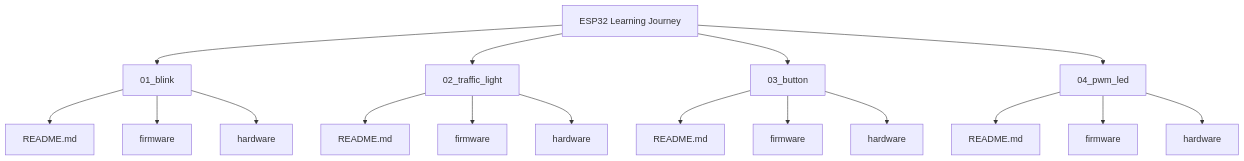
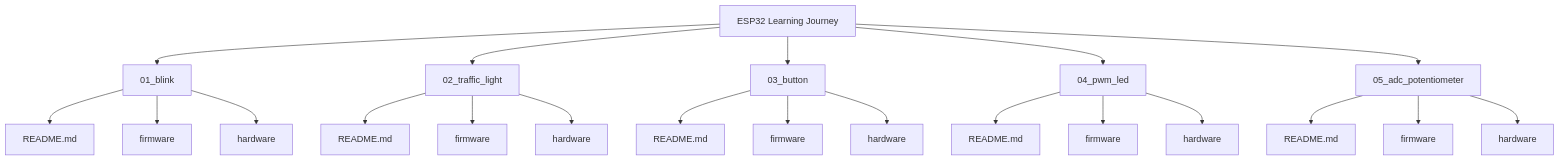
Before and after one commit to BDeuDev/esp32-practice-c: the diagram in README.md, drawn with Mermaid. The commit also changed other lines of this file and 20 other files, not shown here.

Commit message:
05_adc_potentiometer project

````diff
--- a/README.md
+++ b/README.md
@@ -25,25 +25,30 @@
 ```mermaid
 graph TD
     ROOT[ESP32 Learning Journey]
 
     ROOT --> BLINK[01_blink]
     ROOT --> TRAFFIC[02_traffic_light]
     ROOT --> BUTTON[03_button]
     ROOT --> PWM[04_pwm_led]
+    ROOT --> ADC[05_adc_potentiometer]
 
     BLINK --> BLINK_README[README.md]
     BLINK --> BLINK_FW[firmware]
     BLINK --> BLINK_HW[hardware]
 
     TRAFFIC --> TRAFFIC_README[README.md]
     TRAFFIC --> TRAFFIC_FW[firmware]
     TRAFFIC --> TRAFFIC_HW[hardware]
 
     BUTTON --> BUTTON_README[README.md]
     BUTTON --> BUTTON_FW[firmware]
     BUTTON --> BUTTON_HW[hardware]
 
     PWM --> PWM_README[README.md]
     PWM --> PWM_FW[firmware]
     PWM --> PWM_HW[hardware]
+
+    ADC --> ADC_README[README.md]
+    ADC --> ADC_FW[firmware]
+    ADC --> ADC_HW[hardware]
 ```
````
